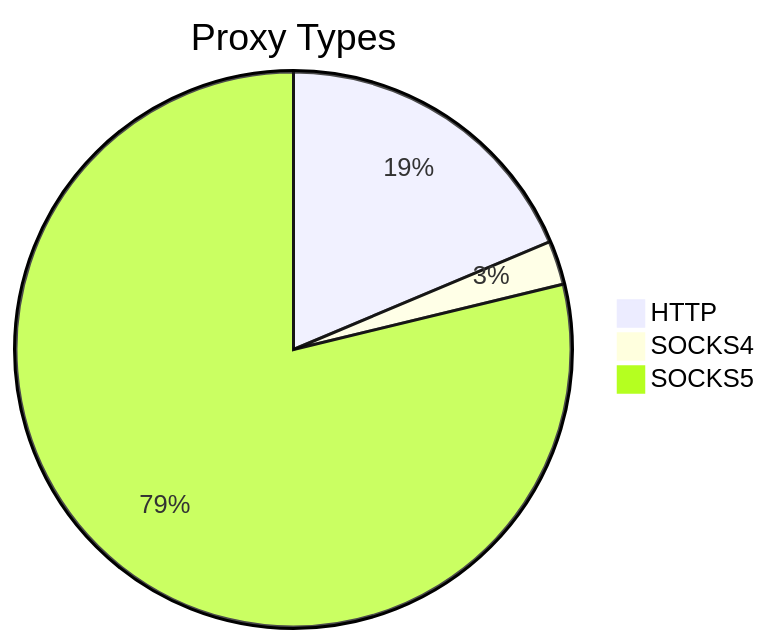
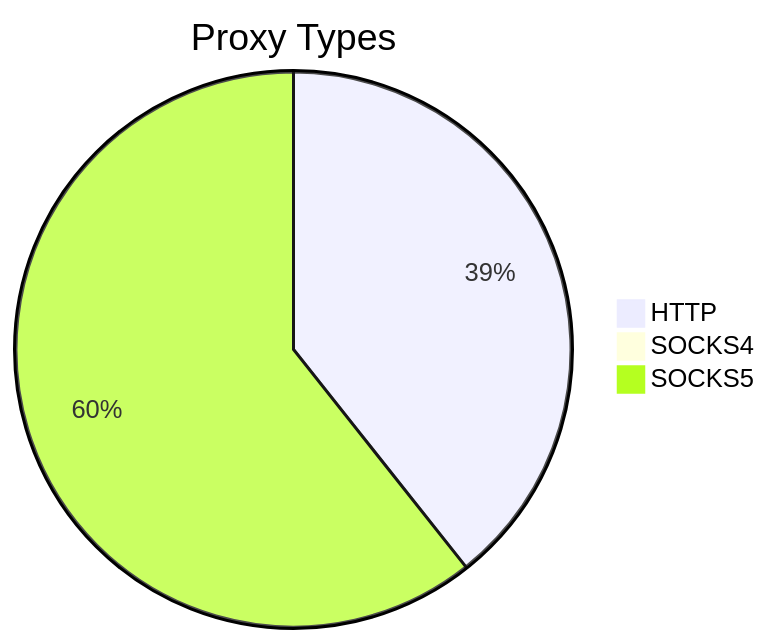
The first of 2 diagrams in README.md (stormsia/proxy-list), drawn with Mermaid before and after one commit. The commit also changed other lines of this file, not shown here.

````diff
--- a/README.md
+++ b/README.md
@@ -21,6 +21,6 @@
 ```mermaid
 pie title Proxy Types
-    "HTTP" : 95
-    "SOCKS4" : 13
-    "SOCKS5" : 401
+    "HTTP" : 129
+    "SOCKS4" : 3
+    "SOCKS5" : 199
 ```
````
